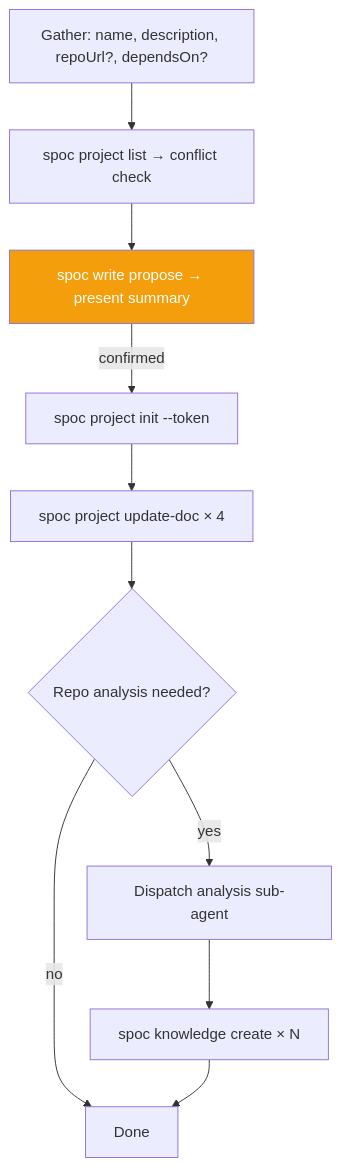
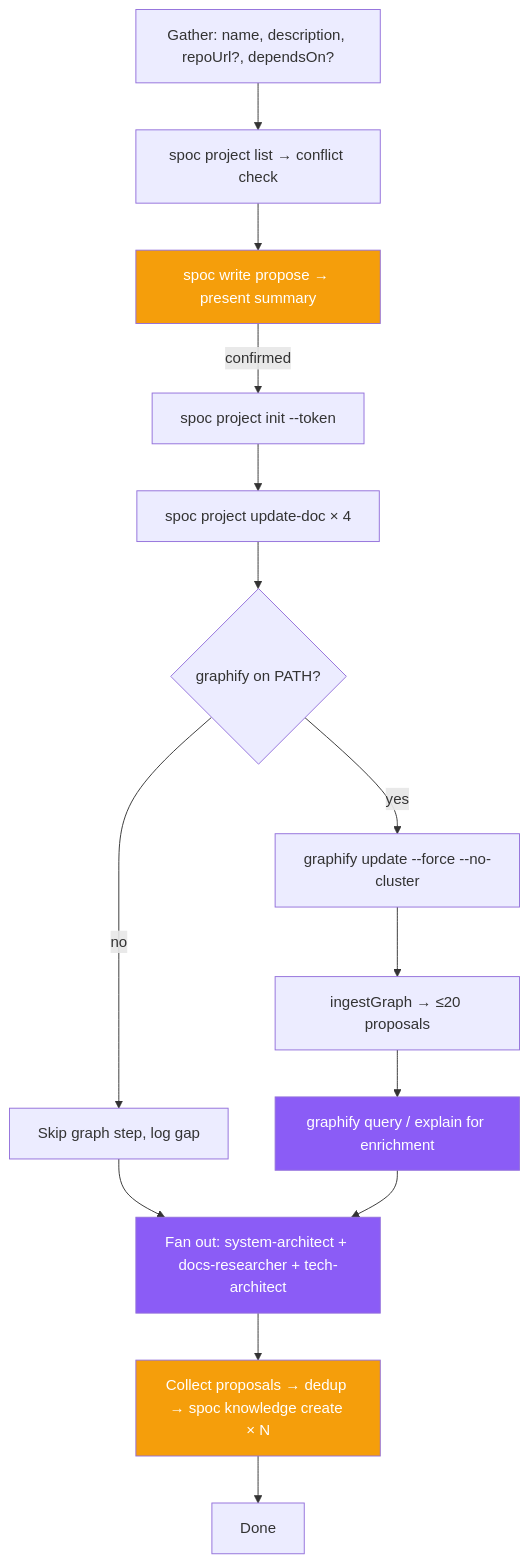
One commit to rryando/SPOC changed the diagram in skills/init-project.md. Above: the diagram before and after it, drawn with Mermaid. The commit also changed other lines of this file and 11 other files, not shown here.

````diff
--- a/skills/init-project.md
+++ b/skills/init-project.md
@@ -14,14 +14,18 @@
 ```mermaid
 flowchart TD
     classDef gate fill:#f59e0b,color:#fff
+    classDef sub fill:#8b5cf6,color:#fff
 
     A[Gather: name, description, repoUrl?, dependsOn?] --> B[spoc project list → conflict check]
     B --> C[spoc write propose → present summary]:::gate
     C -->|confirmed| D[spoc project init --token]
     D --> E[spoc project update-doc × 4]
-    E --> F{Repo analysis needed?}
-    F -->|yes| G[Dispatch analysis sub-agent]
-    F -->|no| H[Done]
-    G --> I[spoc knowledge create × N]
-    I --> H
+    E --> F{graphify on PATH?}
+    F -->|yes| G[graphify update --force --no-cluster]
+    F -->|no| H[Skip graph step, log gap]
+    G --> G2[ingestGraph → ≤20 proposals]
+    G2 --> G3[graphify query / explain for enrichment]:::sub
+    H & G3 --> I[Fan out: system-architect + docs-researcher + tech-architect]:::sub
+    I --> J[Collect proposals → dedup → spoc knowledge create × N]:::gate
+    J --> K[Done]
 ```
````
